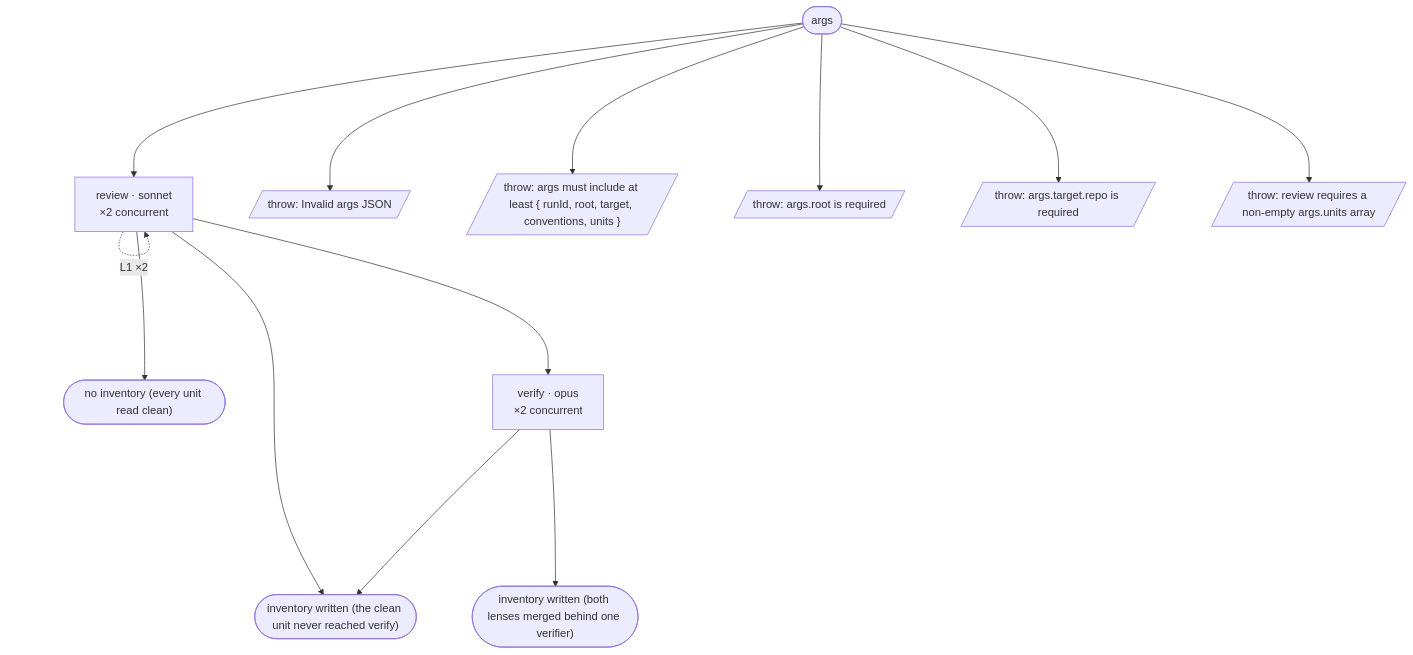
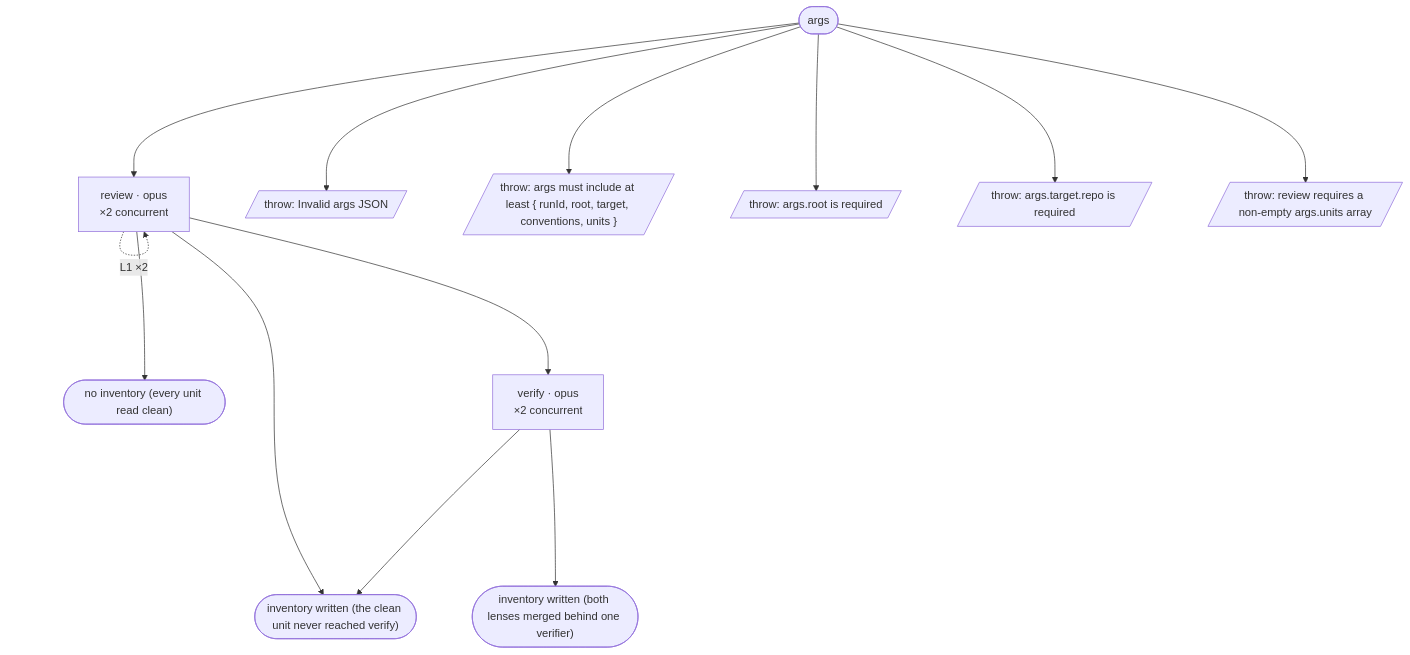
One commit to Blakeem/aipromptguide-workflows changed the diagram in workflows/debug/FLOW-review.md. Above: the diagram before and after it, drawn with Mermaid. The commit also changed other lines of this file and 7 other files, not shown here.

Commit message:
code review roles to opus: feature/migrate/resolve quality critics + debug review finder; regen flow maps

````diff
--- a/workflows/debug/FLOW-review.md
+++ b/workflows/debug/FLOW-review.md
@@ -8,27 +8,27 @@
 ```mermaid
 %%{init: {"flowchart": {"nodeSpacing": 80, "rankSpacing": 200}}}%%
 flowchart TD
   S0(["args"])
-  a1["review · sonnet<br/>×2 concurrent"]
+  a1["review · opus<br/>×2 concurrent"]
   a2["verify · opus<br/>×2 concurrent"]
   t1(["inventory written (the clean unit never reached verify)"])
   t2(["no inventory (every unit read clean)"])
   t3(["inventory written (both lenses merged behind one verifier)"])
   x1[/"throw: Invalid args JSON"/]
   x2[/"throw: args must include at least { runId, root, target, conventions, units }"/]
   x3[/"throw: args.root is required"/]
   x4[/"throw: args.target.repo is required"/]
   x5[/"throw: review requires a non-empty args.units array"/]
   S0 --> a1
   S0 --> x1
   S0 --> x2
   S0 --> x3
   S0 --> x4
   S0 --> x5
   a1 -.->|"L1 ×2"| a1
   a1 --> a2
   a1 --> t1
   a1 --> t2
   a2 --> t1
   a2 --> t3
 ```
````
